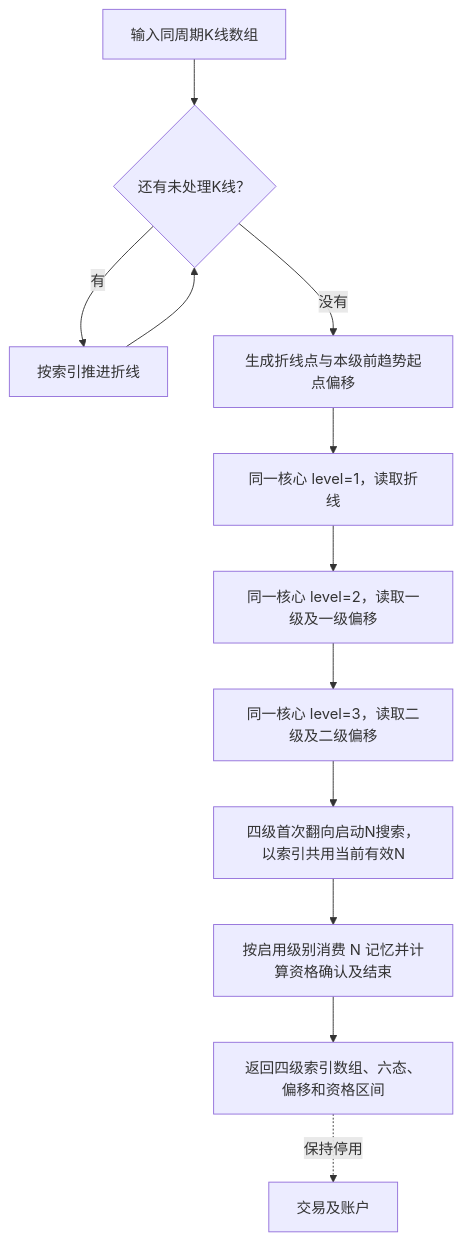
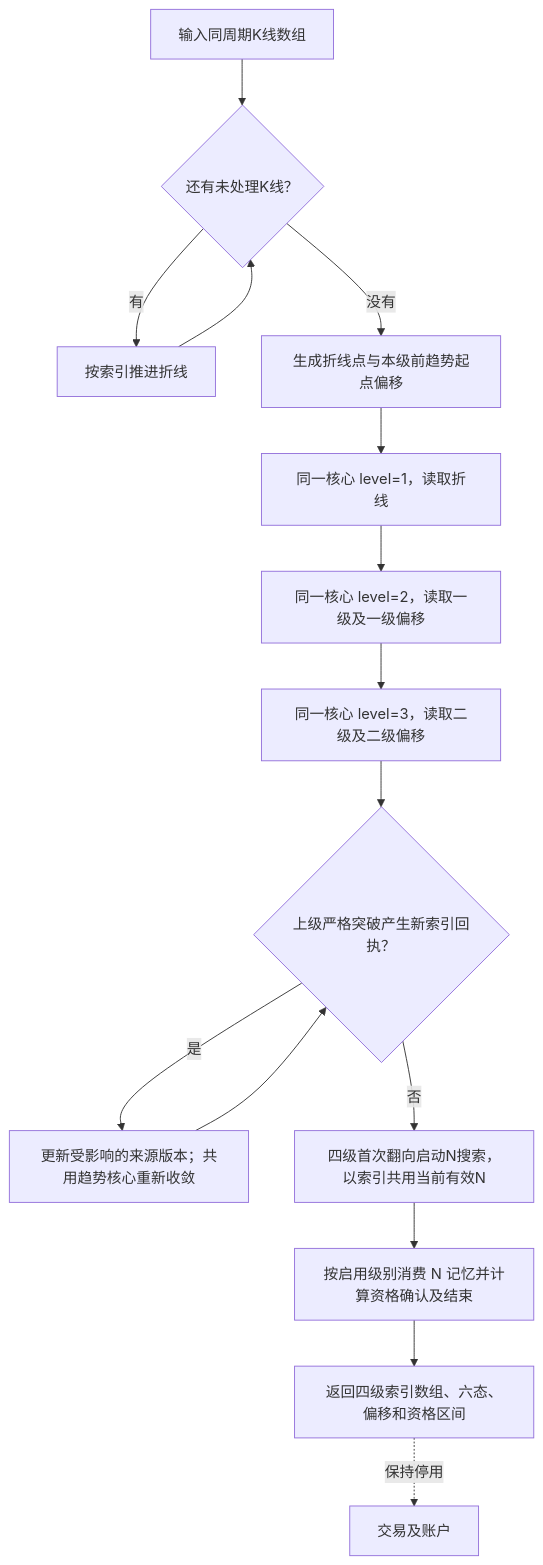
One commit to bobo553/wavequant-monorepo changed the second of 25 diagrams in docs/trend-analysis-flow.md. Above: the diagram before and after it, drawn with Mermaid. The commit also changed other lines of this file and 39 other files, not shown here.

````diff
--- a/docs/trend-analysis-flow.md
+++ b/docs/trend-analysis-flow.md
@@ -40,13 +92,15 @@
 ```mermaid
 flowchart TD
     A["输入同周期K线数组"] --> B{"还有未处理K线？"}
     B -->|有| C["按索引推进折线"] --> B
     B -->|没有| D["生成折线点与本级前趋势起点偏移"]
     D --> E["同一核心 level=1，读取折线"]
     E --> F["同一核心 level=2，读取一级及一级偏移"]
     F --> G["同一核心 level=3，读取二级及二级偏移"]
-    G --> N["四级首次翻向启动N搜索，以索引共用当前有效N"]
+    G --> R{"上级严格突破产生新索引回执？"}
+    R -->|是| V["更新受影响的来源版本；共用趋势核心重新收敛"] --> R
+    R -->|否| N["四级首次翻向启动N搜索，以索引共用当前有效N"]
     N --> Q["按启用级别消费 N 记忆并计算资格确认及结束"]
     Q --> H["返回四级索引数组、六态、偏移和资格区间"]
     H -.->|保持停用| I["交易及账户"]
 ```
````
